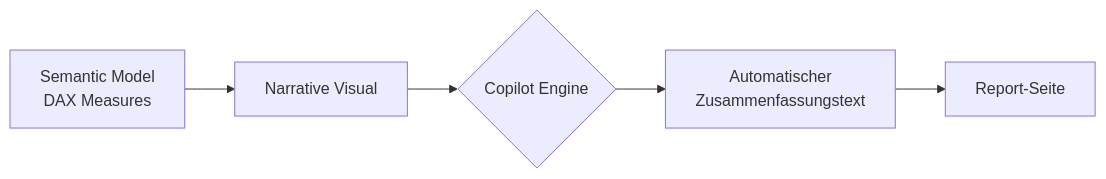
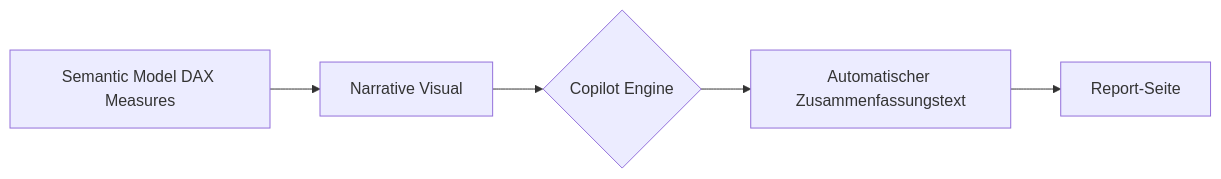
The seventh of 9 diagrams in Microsoft 365/Azure/Fabric/Power BI in Fabric.md (SoniiiT/notes-n-docs), drawn with Mermaid before and after one commit. The commit also changed other lines of this file and 124 other files, not shown here.

First line of the commit message:
fix: Entferne \n aus allen Mermaid-Diagrammen (125 Dateien)

````diff
--- a/Microsoft 365/Azure/Fabric/Power BI in Fabric.md
+++ b/Microsoft 365/Azure/Fabric/Power BI in Fabric.md
@@ -275,7 +275,7 @@
 ```mermaid
 graph LR
-    A[Semantic Model\nDAX Measures] --> B[Narrative Visual]
+    A[Semantic Model DAX Measures] --> B[Narrative Visual]
     B --> C{Copilot Engine}
-    C --> D[Automatischer\nZusammenfassungstext]
+    C --> D[Automatischer Zusammenfassungstext]
     D --> E[Report-Seite]
 ```
````
